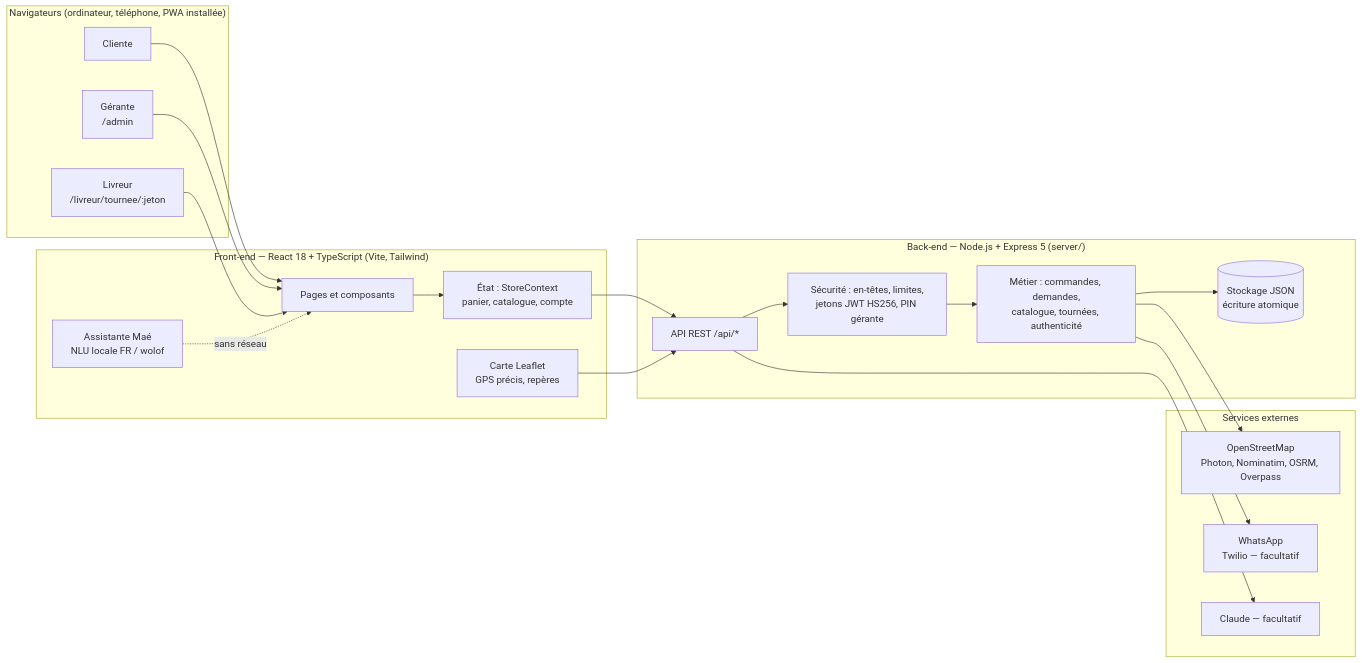
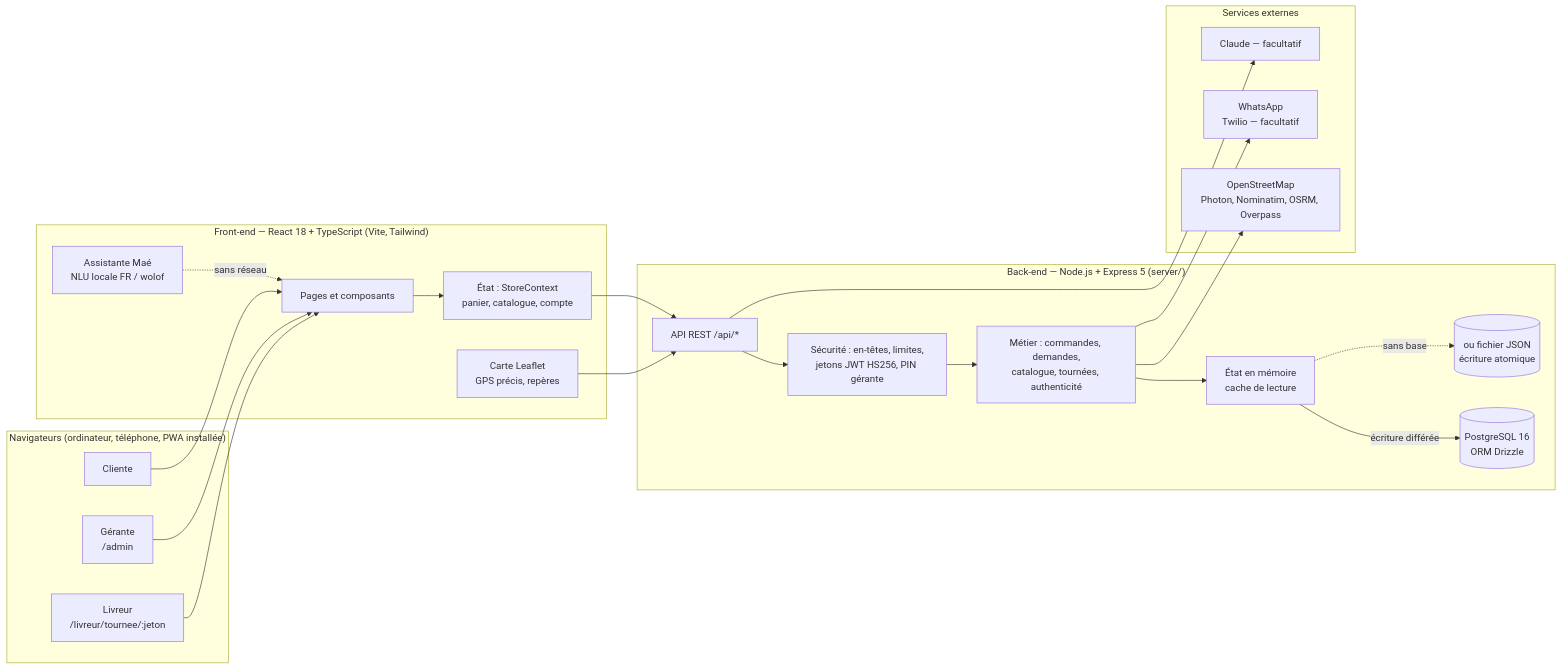
The first of 6 diagrams in maefa-store/docs/ARCHITECTURE.md (fatoumayorofall-dev/allo-beton), drawn with Mermaid before and after one commit. The commit also changed other lines of this file and 14 other files, not shown here.

First line of the commit message:
PostgreSQL avec l'ORM Drizzle : 15 tables relationnelles, migrations, écriture différée

````diff
--- a/maefa-store/docs/ARCHITECTURE.md
+++ b/maefa-store/docs/ARCHITECTURE.md
@@ -15,33 +15,37 @@
 ```mermaid
 flowchart LR
   subgraph Clients["Navigateurs (ordinateur, téléphone, PWA installée)"]
     C[Cliente]
     G[Gérante<br/>/admin]
     L[Livreur<br/>/livreur/tournee/:jeton]
   end
   subgraph Front["Front-end — React 18 + TypeScript (Vite, Tailwind)"]
     UI[Pages et composants]
     CTX[État : StoreContext<br/>panier, catalogue, compte]
     MAE[Assistante Maé<br/>NLU locale FR / wolof]
     MAP[Carte Leaflet<br/>GPS précis, repères]
   end
   subgraph Back["Back-end — Node.js + Express 5 (server/)"]
     API[API REST /api/*]
     SEC[Sécurité : en-têtes, limites,<br/>jetons JWT HS256, PIN gérante]
     DOM[Métier : commandes, demandes,<br/>catalogue, tournées, authenticité]
-    STO[(Stockage JSON<br/>écriture atomique)]
+    MEM[État en mémoire<br/>cache de lecture]
+    STO[(PostgreSQL 16<br/>ORM Drizzle)]
+    JS[(ou fichier JSON<br/>écriture atomique)]
   end
   subgraph Ext["Services externes"]
     OSM[OpenStreetMap<br/>Photon, Nominatim, OSRM, Overpass]
     WA[WhatsApp<br/>Twilio — facultatif]
     IA[Claude — facultatif]
   end
   C & G & L --> UI
   UI --> CTX --> API
   MAE -. sans réseau .-> UI
   MAP --> API
-  API --> SEC --> DOM --> STO
+  API --> SEC --> DOM --> MEM
+  MEM -- écriture différée --> STO
+  MEM -. sans base .-> JS
   DOM --> OSM
   DOM --> WA
   API --> IA
 ```
````
